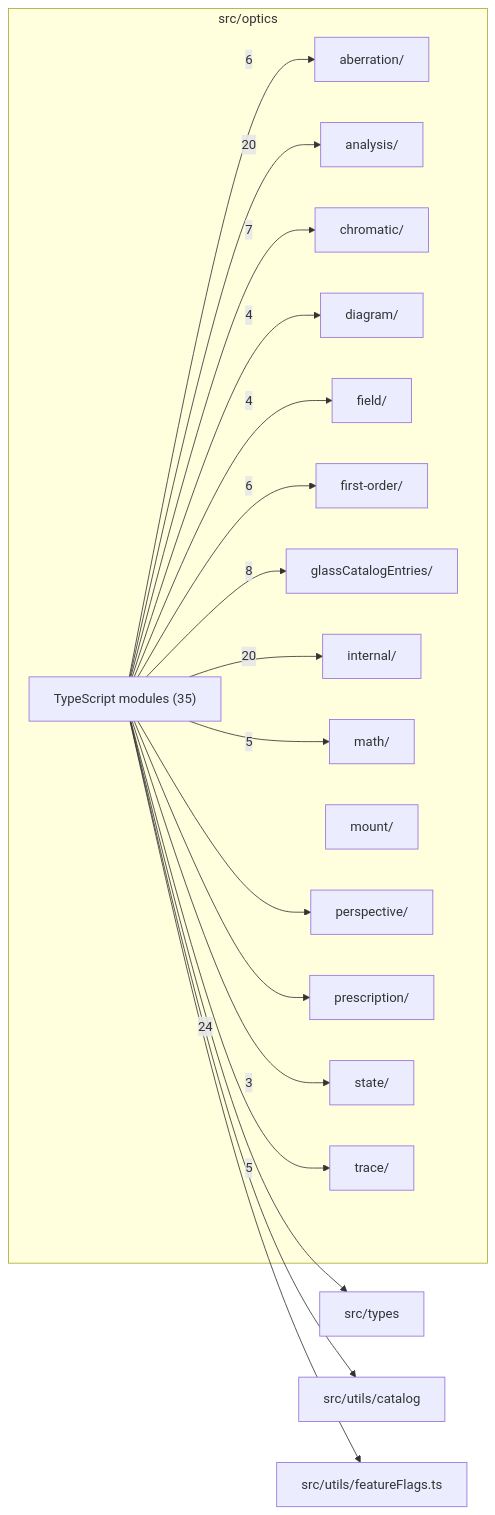
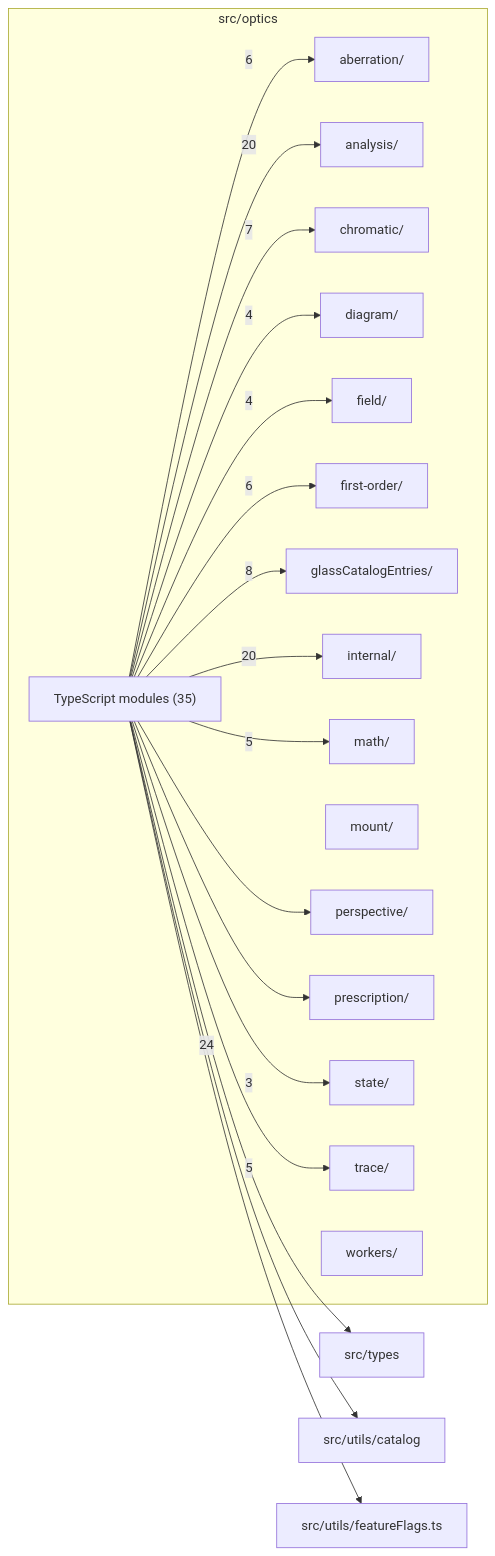
One commit to ronbuening/LensVisualizer changed the diagram in src/optics/readme.md. Above: the diagram before and after it, drawn with Mermaid. The commit also changed other lines of this file and 13 other files, not shown here.

````diff
--- a/src/optics/readme.md
+++ b/src/optics/readme.md
@@ -9,39 +9,40 @@
 ```mermaid
 flowchart LR
   subgraph n_src_optics["src/optics"]
     n_src_optics_src_optics_aberration["aberration/"]
     n_src_optics_src_optics_analysis["analysis/"]
     n_src_optics_src_optics_chromatic["chromatic/"]
     n_src_optics_src_optics_diagram["diagram/"]
     n_src_optics_src_optics_field["field/"]
     n_src_optics_src_optics_first_order["first-order/"]
     n_src_optics_src_optics_glassCatalogEntries["glassCatalogEntries/"]
     n_src_optics_src_optics_internal["internal/"]
     n_src_optics_src_optics_math["math/"]
     n_src_optics_src_optics_mount["mount/"]
     n_src_optics_src_optics_perspective["perspective/"]
     n_src_optics_src_optics_prescription["prescription/"]
     n_src_optics_src_optics_state["state/"]
     n_src_optics_src_optics_trace["trace/"]
+    n_src_optics_src_optics_workers["workers/"]
     n_src_optics_TypeScript_modules["TypeScript modules (35)"]
   end
   n_external_src_types["src/types"]
   n_external_src_utils_catalog["src/utils/catalog"]
   n_external_src_utils_featureFlags_ts["src/utils/featureFlags.ts"]
   n_src_optics_TypeScript_modules --> |24| n_external_src_types
   n_src_optics_TypeScript_modules --> |20| n_src_optics_src_optics_analysis
   n_src_optics_TypeScript_modules --> |20| n_src_optics_src_optics_internal
   n_src_optics_TypeScript_modules --> |8| n_src_optics_src_optics_glassCatalogEntries
   n_src_optics_TypeScript_modules --> |7| n_src_optics_src_optics_chromatic
   n_src_optics_TypeScript_modules --> |6| n_src_optics_src_optics_aberration
   n_src_optics_TypeScript_modules --> |6| n_src_optics_src_optics_first_order
   n_src_optics_TypeScript_modules --> |5| n_src_optics_src_optics_math
   n_src_optics_TypeScript_modules --> |5| n_src_optics_src_optics_trace
   n_src_optics_TypeScript_modules --> |4| n_src_optics_src_optics_diagram
   n_src_optics_TypeScript_modules --> |4| n_src_optics_src_optics_field
   n_src_optics_TypeScript_modules --> |3| n_src_optics_src_optics_state
   n_src_optics_TypeScript_modules --> n_external_src_utils_catalog
   n_src_optics_TypeScript_modules --> n_external_src_utils_featureFlags_ts
   n_src_optics_TypeScript_modules --> n_src_optics_src_optics_perspective
   n_src_optics_TypeScript_modules --> n_src_optics_src_optics_prescription
 ```
````
